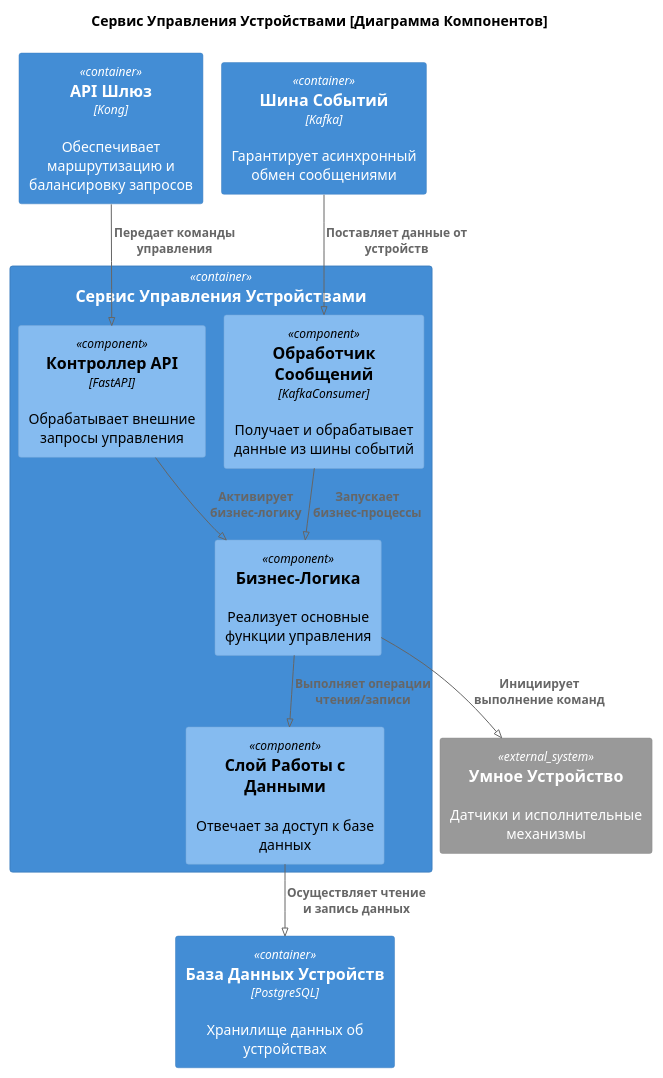
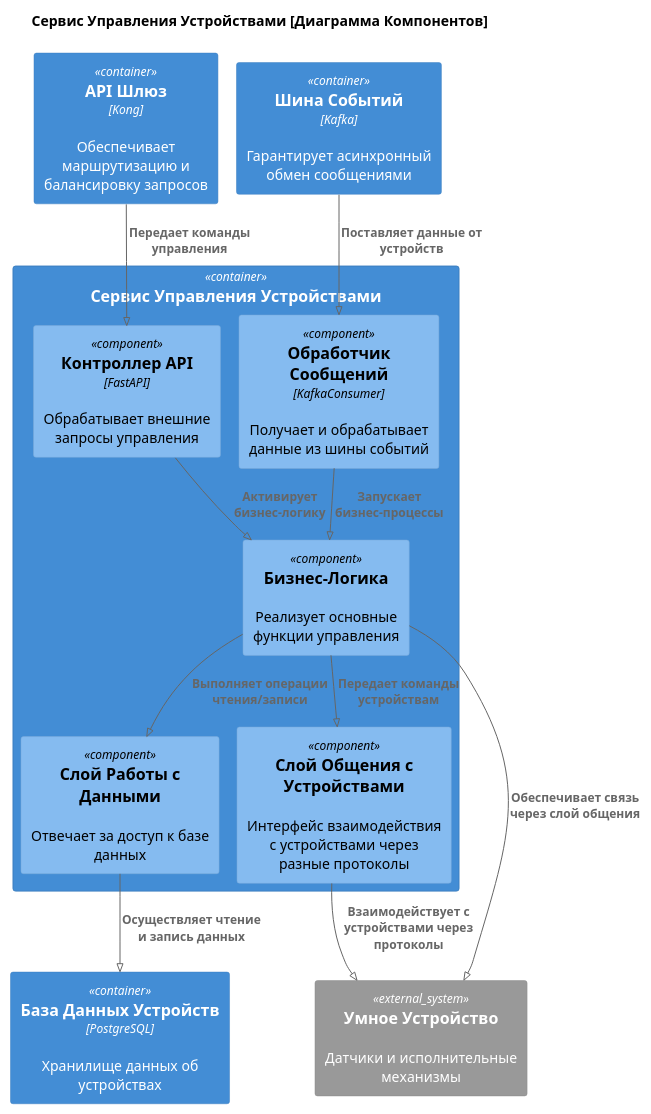
Before and after one commit to aosovskii/architecture-sprint-3: the diagram in docs/components/device_mngmnt_svc.puml, drawn with PlantUML. The commit also changed 6 other files, not shown here.

```diff
--- a/docs/components/device_mngmnt_svc.puml
+++ b/docs/components/device_mngmnt_svc.puml
@@ -1,30 +1,32 @@
 @startuml
 !pragma layout smetana
 !includeurl https://raw.githubusercontent.com/RicardoNiepel/C4-PlantUML/master/C4_Component.puml
 
 title Сервис Управления Устройствами [Диаграмма Компонентов]
 
 System_Ext(smart_device, "Умное Устройство", "Датчики и исполнительные механизмы")
 Container(api_gateway, "API Шлюз", "Kong", "Обеспечивает маршрутизацию и балансировку запросов")
 Container(kafka, "Шина Событий", "Kafka", "Гарантирует асинхронный обмен сообщениями")
 Container(device_database, "База Данных Устройств", "PostgreSQL", "Хранилище данных об устройствах")
 
-Container(device_service, "Сервис Управления Устройствами"){
+Container(device_service, "Сервис Управления Устройствами") {
     Component(device_repository_layer, "Слой Работы с Данными", "", "Отвечает за доступ к базе данных")
     Component(device_consumer, "Обработчик Сообщений", "KafkaConsumer", "Получает и обрабатывает данные из шины событий")
     Component(device_service_layer, "Бизнес-Логика", "", "Реализует основные функции управления")
     Component(device_api, "Контроллер API", "FastAPI", "Обрабатывает внешние запросы управления")
+    Component(device_communication_layer, "Слой Общения с Устройствами", "", "Интерфейс взаимодействия с устройствами через разные протоколы")
 }
 
 Rel(kafka, device_consumer, "Поставляет данные от устройств")
 Rel(api_gateway, device_api, "Передает команды управления")
 
 Rel(device_api, device_service_layer, "Активирует бизнес-логику")
 Rel(device_consumer, device_service_layer, "Запускает бизнес-процессы")
 
 Rel(device_service_layer, device_repository_layer, "Выполняет операции чтения/записи")
-Rel(device_service_layer, smart_device, "Инициирует выполнение команд")
+Rel(device_service_layer, device_communication_layer, "Передает команды устройствам")
+Rel(device_service_layer, smart_device, "Обеспечивает связь через слой общения")
 
 Rel(device_repository_layer, device_database, "Осуществляет чтение и запись данных")
-
+Rel(device_communication_layer, smart_device, "Взаимодействует с устройствами через протоколы")
 @enduml
```
